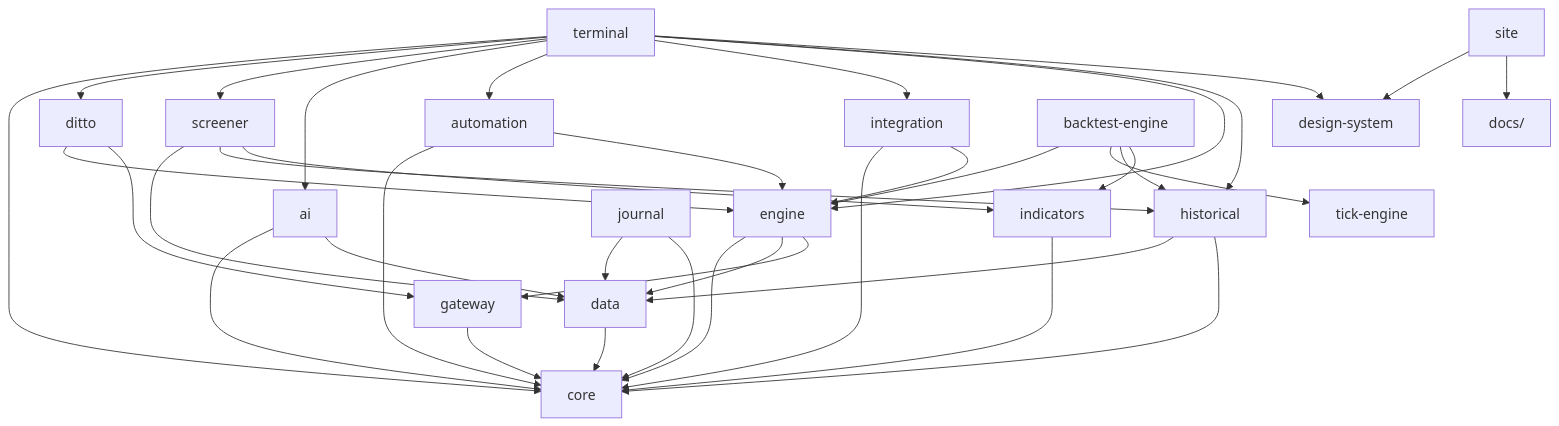
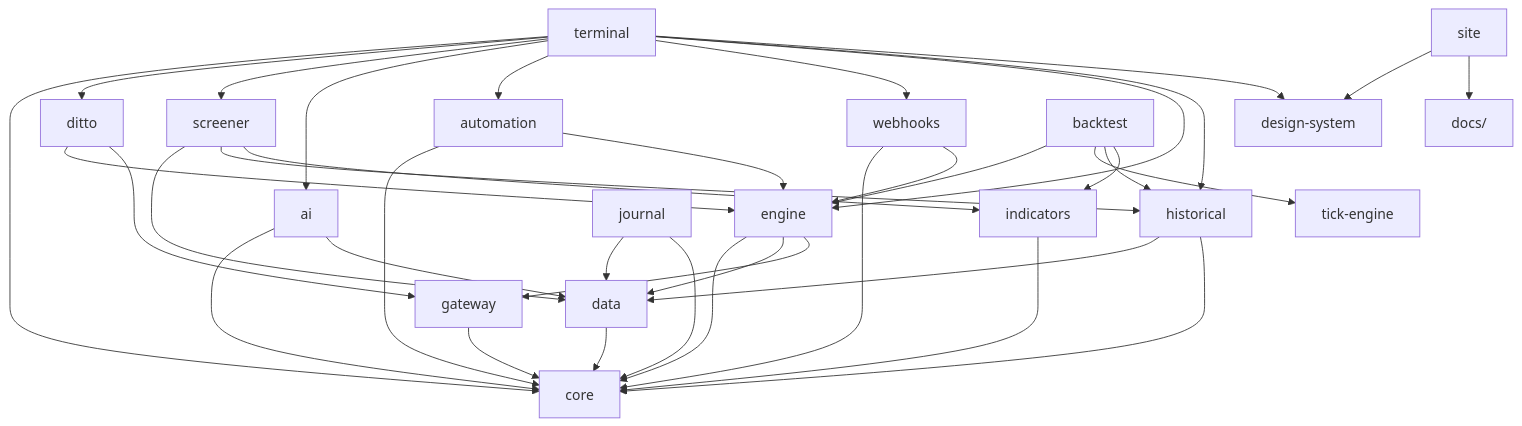
Before and after one commit to navaneeshnagarajan/FlintTrade: the second of 5 diagrams in docs/ARCHITECTURE.md, drawn with Mermaid. The commit also changed other lines of this file and 71 other files, not shown here.

````diff
--- a/docs/ARCHITECTURE.md
+++ b/docs/ARCHITECTURE.md
@@ -88,48 +88,48 @@
 ```mermaid
 flowchart TD
     terminal --> core
     terminal --> ditto
     terminal --> screener
     terminal --> ai
     terminal --> automation
-    terminal --> integration
+    terminal --> webhooks
     terminal --> engine
     terminal --> historical
     terminal --> designSystem[design-system]
 
     site --> designSystem
     site --> docs[docs/]
 
     engine --> core
     engine --> data
     engine --> gateway
-    backtestEngine[backtest-engine] --> engine
+    backtestEngine[backtest] --> engine
     backtestEngine --> tickEngine[tick-engine]
     backtestEngine --> historical
     backtestEngine --> indicators
 
     screener --> data
     screener --> historical
     screener --> indicators
 
     ai --> core
     ai --> data
     journal --> data
     journal --> core
 
-    integration --> core
-    integration --> engine
+    webhooks --> core
+    webhooks --> engine
 
     automation --> core
     automation --> engine
 
     ditto --> engine
     ditto --> gateway
 
     historical --> data
     historical --> core
 
     data --> core
     indicators --> core
     gateway --> core
 ```
````
